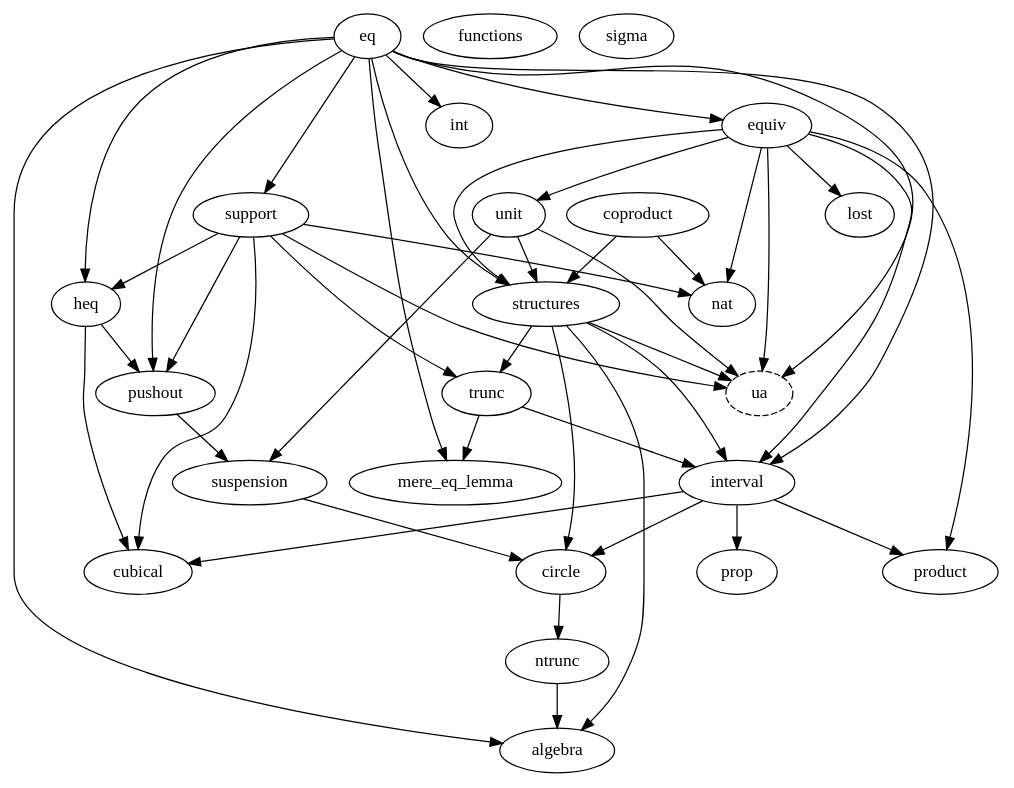
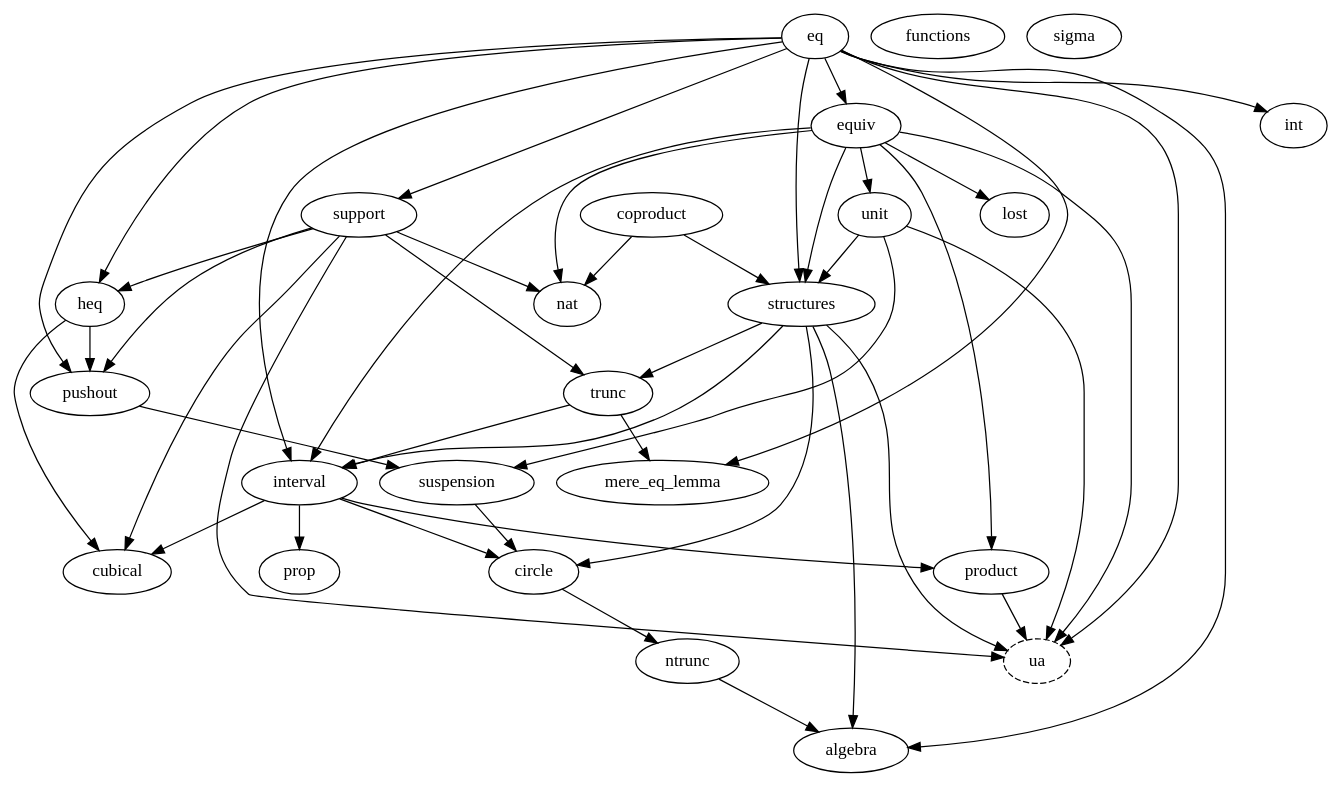
Before and after one commit to forked-from-1kasper/ground_zero: the diagram in dependency_map.gv, drawn with Graphviz. The commit also changed 6 other files, not shown here.

```diff
--- a/dependency_map.gv
+++ b/dependency_map.gv
@@ -1,69 +1,70 @@
 digraph dependency_map {
   ntrunc -> algebra
   structures -> algebra
   eq -> algebra
 
   suspension -> circle
   structures -> circle
   interval -> circle
 
   interval -> cubical
   heq -> cubical
   support -> cubical
 
   eq -> heq
   support -> heq
 
   eq -> equiv
   eq -> int
 
   trunc -> interval
   eq -> interval
   structures -> interval
   equiv -> interval
 
   eq -> mere_eq_lemma
   trunc -> mere_eq_lemma
 
   circle -> ntrunc
 
   equiv -> product
   interval -> product
 
   interval -> prop
 
   heq -> pushout
   eq -> pushout
   support -> pushout
 
   unit -> structures
   equiv -> structures
   eq -> structures
   coproduct -> structures
 
   eq -> support
 
   pushout -> suspension
   unit -> suspension
 
   structures -> trunc
   support -> trunc
 
   ua [style=dashed]
   equiv -> ua
   eq -> ua
   structures -> ua
   unit -> ua
   support -> ua
+  product -> ua
 
   equiv -> unit
 
   equiv -> nat
   coproduct -> nat
   support -> nat
 
   equiv -> lost
 
   functions
   sigma
 }
```
